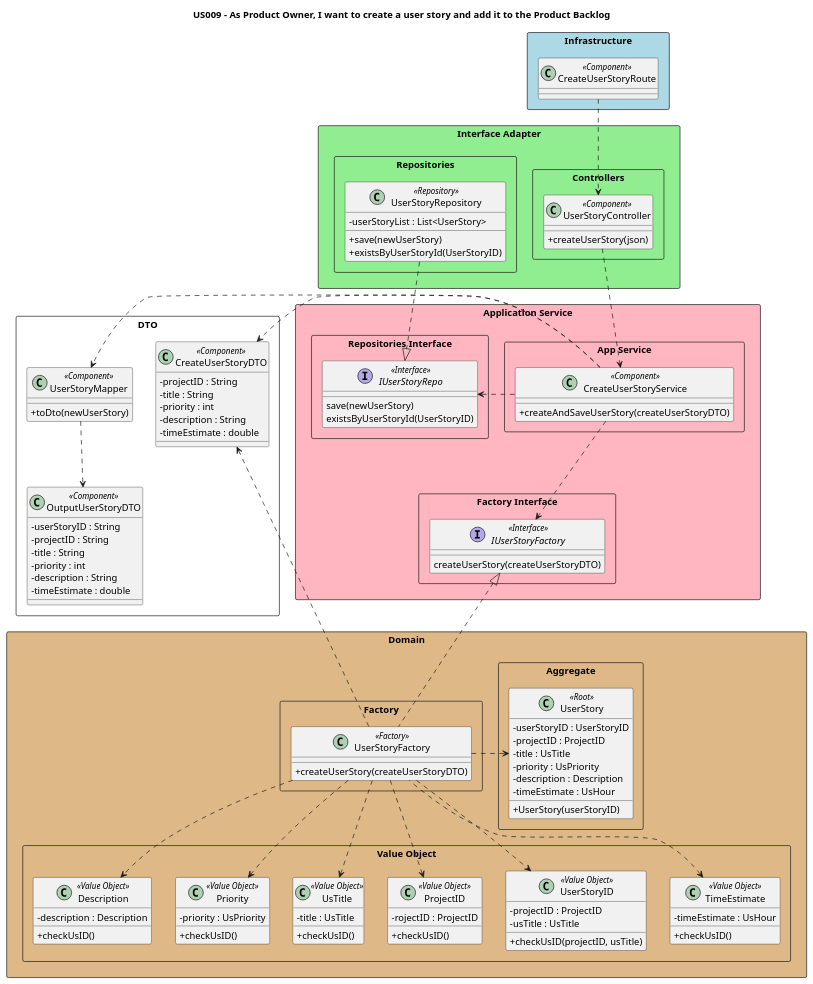
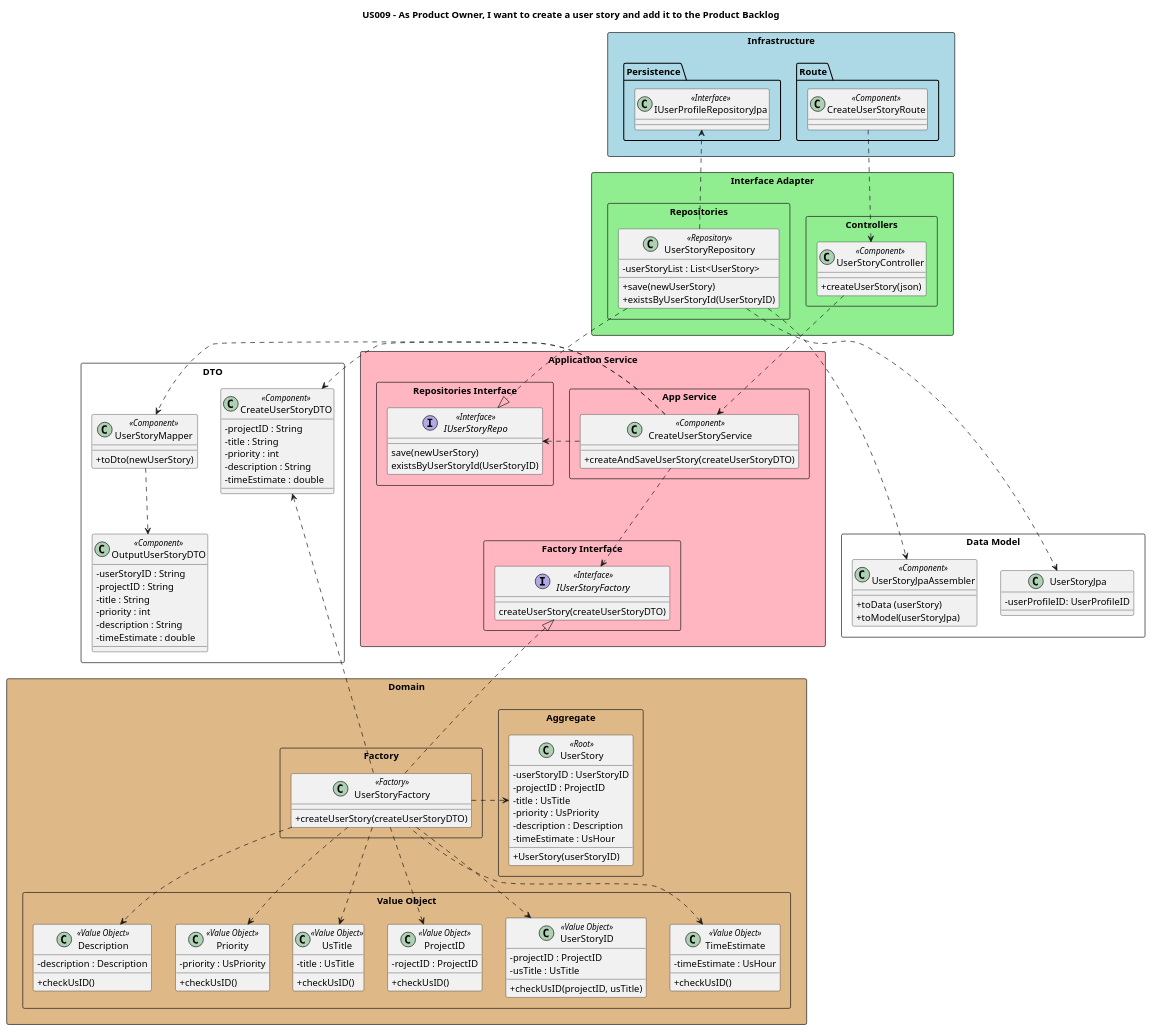
One commit to nunogon1211787/projectManagement changed the diagram in docs/Sprint1/US009/US009RE-CD.puml. Above: the diagram before and after it, drawn with PlantUML. The commit also changed 9 other files, not shown here.

```diff
--- a/docs/Sprint1/US009/US009RE-CD.puml
+++ b/docs/Sprint1/US009/US009RE-CD.puml
@@ -1,136 +1,159 @@
 @startuml
 'https://plantuml.com/class-diagram
 
 'hide circle
 skinparam classAttributeIconSize 0
 
 title US009 - As Product Owner, I want to create a user story and add it to the Product Backlog
 
 skinparam classAttributeIconSize 0
 
 package "Infrastructure" <<Rectangle>> #lightblue  {
+package "Route" {
 class "CreateUserStoryRoute" as route << Component >>
+}
+
+    package "Persistence" {
+    class "IUserProfileRepositoryJpa" as jpa <<Interface>>
+    }
 }
 
 package "Interface Adapter" <<Rectangle>> #lightgreen {
 package "Controllers" <<Rectangle>>{
 class "UserStoryController" as ctrl << Component >> {
 +createUserStory(json)
 }
 }
 package "Repositories" <<Rectangle>>{
 class "UserStoryRepository" as store << Repository >> {
 -userStoryList : List<UserStory>
 + save(newUserStory)
 + existsByUserStoryId(UserStoryID)
 }
 }
 }
 
 package "Application Service" <<Rectangle>> #lightpink{
 package "App Service" <<Rectangle>>{
 class "CreateUserStoryService" as service << Component >> {
 +createAndSaveUserStory(createUserStoryDTO)
 }
 }
 package "Repositories Interface" <<Rectangle>>{
 interface "IUserStoryRepo" as repo << Interface >>{
 save(newUserStory)
 existsByUserStoryId(UserStoryID)
 }
 }
 package "Factory Interface" <<Rectangle>>{
 interface "IUserStoryFactory" as factoryInterface << Interface >>{
 createUserStory(createUserStoryDTO)
 }
 }
 }
 
 package "DTO" <<Rectangle>> {
 class "UserStoryMapper" as mapper << Component >> {
 + toDto(newUserStory)
 }
 class "OutputUserStoryDTO" as outdto << Component >> {
 - userStoryID : String
 - projectID : String
 - title : String
 - priority : int
 - description : String
 - timeEstimate : double
 }
 class "CreateUserStoryDTO" as dto << Component >> {
 - projectID : String
 - title : String
 - priority : int
 - description : String
 - timeEstimate : double
 }
 }
 
 package "Domain" <<Rectangle>> #burlywood{
 package "Aggregate" <<Rectangle>>{
 class "UserStory" as userStory << Root >> {
 - userStoryID : UserStoryID
 - projectID : ProjectID
 - title : UsTitle
 - priority : UsPriority
 - description : Description
 - timeEstimate : UsHour
 + UserStory(userStoryID)
 }
 }
 package "Factory" <<Rectangle>>{
 class "UserStoryFactory" as userStoryF << Factory >> {
 +createUserStory(createUserStoryDTO)
 }
 }
 package "Value Object" <<Rectangle>>{
 class "UserStoryID" as usID << Value Object >> {
 -projectID : ProjectID
 -usTitle : UsTitle
 +checkUsID(projectID, usTitle)
 }
 class "ProjectID" as projID << Value Object >> {
 -rojectID : ProjectID
 +checkUsID()
 }
 class "UsTitle" as usTitle << Value Object >> {
 - title : UsTitle
 +checkUsID()
 }
 class "Priority" as priority << Value Object >> {
 -priority : UsPriority
 +checkUsID()
 }
 class "Description" as desc << Value Object >> {
 -description : Description
 +checkUsID()
 }
 class "TimeEstimate" as time << Value Object >> {
 -timeEstimate : UsHour
 +checkUsID()
 }
 }
+}
+
+  package "Data Model" <<Rectangle>>{
+        class "UserStoryJpaAssembler" as assemblerjpa <<Component>> {
+        +toData (userStory)
+        +toModel(userStoryJpa)
+        }
+
+        class "UserStoryJpa" as USjpa {
+        -userProfileID: UserProfileID
+        }
+
+
+
 
 
 route ..> ctrl
 ctrl..> service
 store..|> repo
 service .r.> mapper
 service .r.> dto
 mapper ..> outdto
 userStoryF .u.> dto
 service..> factoryInterface
 service..left> repo
 userStoryF..> usID
 userStoryF..>projID
 userStoryF..>usTitle
 userStoryF..>priority
 userStoryF..up>time
 userStoryF..>desc
 userStoryF..right>userStory
 userStoryF..up|>factoryInterface
+store ...> assemblerjpa
+store ...> USjpa
+store ..> jpa
 
 
 
 @enduml
```
